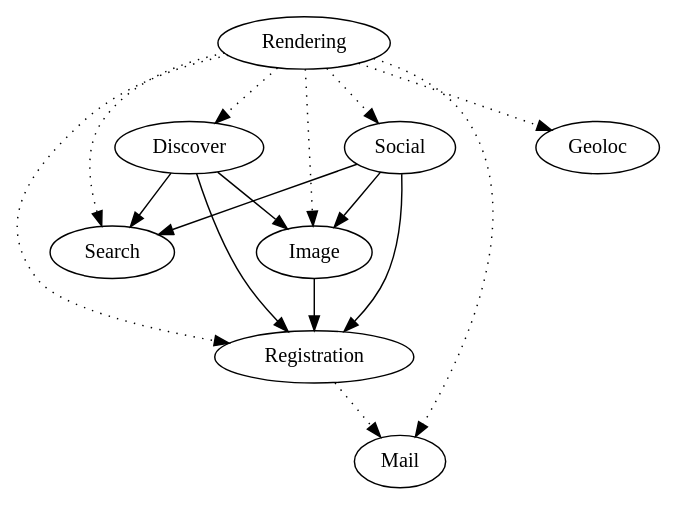
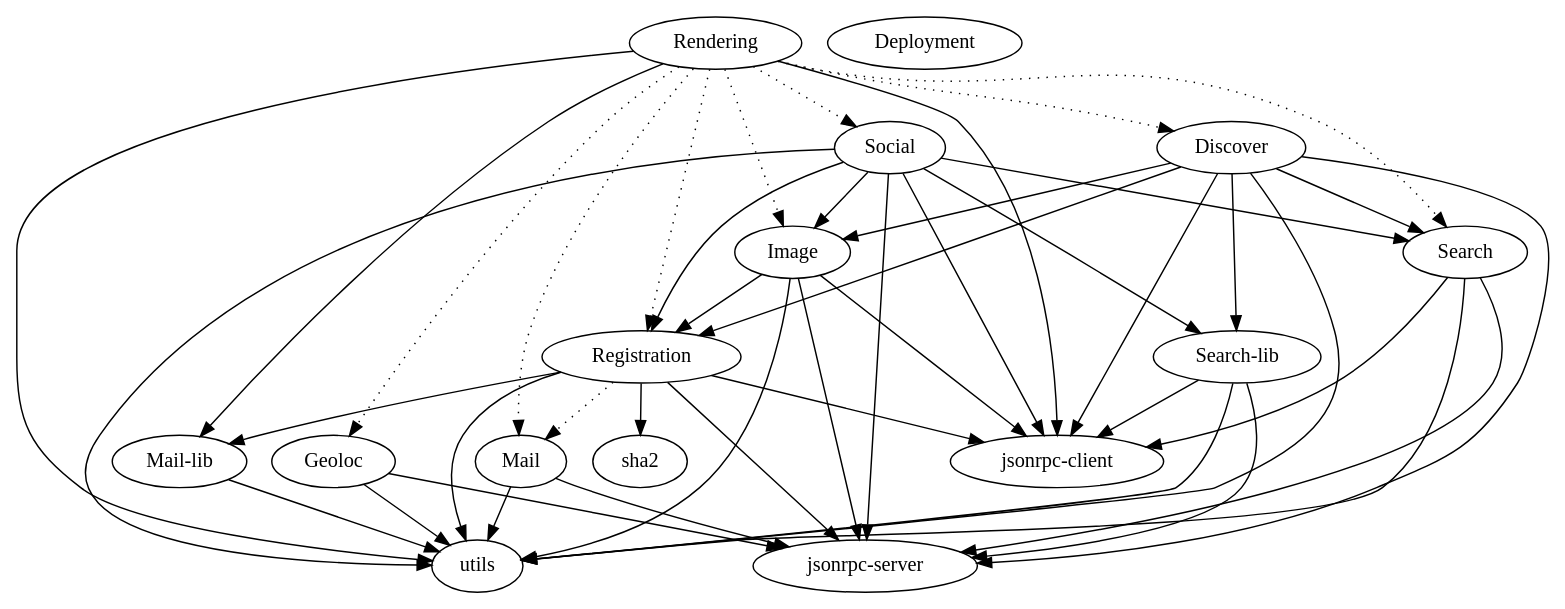
One commit to fsarda/node-deployment changed the diagram in dependencies.dot. Above: the diagram before and after it, drawn with Graphviz. The commit also changed 3 other files, not shown here.

Commit message:
Updating the dependency graph to include the various libraries involved.

```diff
--- a/dependencies.dot
+++ b/dependencies.dot
@@ -1,17 +1,48 @@
 digraph AgroDependencies {
+	Mail -> utils;
+	Mail -> "jsonrpc-server";
+	"Mail-lib" -> utils;
 	Registration -> Mail [style=dotted];
+	Registration -> "Mail-lib";
+	Registration -> utils;
+	Registration -> "jsonrpc-server";
+	Registration -> "jsonrpc-client";
+	Registration -> sha2;
 	Image -> Registration;
+	Image -> "jsonrpc-server";
+	Image -> "jsonrpc-client";
+	Image -> utils;
 	Social -> Image;
 	Social -> Registration;
 	Social -> Search;
+	Social -> "jsonrpc-server";
+	Social -> "jsonrpc-client";
+	Social -> utils;
+	Social -> "Search-lib";
 	Discover -> Image;
 	Discover -> Registration;
 	Discover -> Search;
+	Discover -> "jsonrpc-server";
+	Discover -> "jsonrpc-client";
+	Discover -> utils;
+	Discover -> "Search-lib";
+	Geoloc -> "jsonrpc-server";
+	Geoloc -> utils;
+	Search -> "jsonrpc-server";
+	Search -> "jsonrpc-client";
+	Search -> utils;
+	"Search-lib" -> "jsonrpc-server";
+	"Search-lib" -> "jsonrpc-client";
+	"Search-lib" -> utils;
+	Deployment;
+	Rendering -> utils;
+	Rendering -> "jsonrpc-client";
+	Rendering -> "Mail-lib";
 	Rendering -> Social [style=dotted];
 	Rendering -> Discover [style=dotted];
 	Rendering -> Image [style=dotted];
 	Rendering -> Geoloc [style=dotted];
 	Rendering -> Registration [style=dotted];
 	Rendering -> Search [style=dotted];
 	Rendering -> Mail [style=dotted];
 }
```
